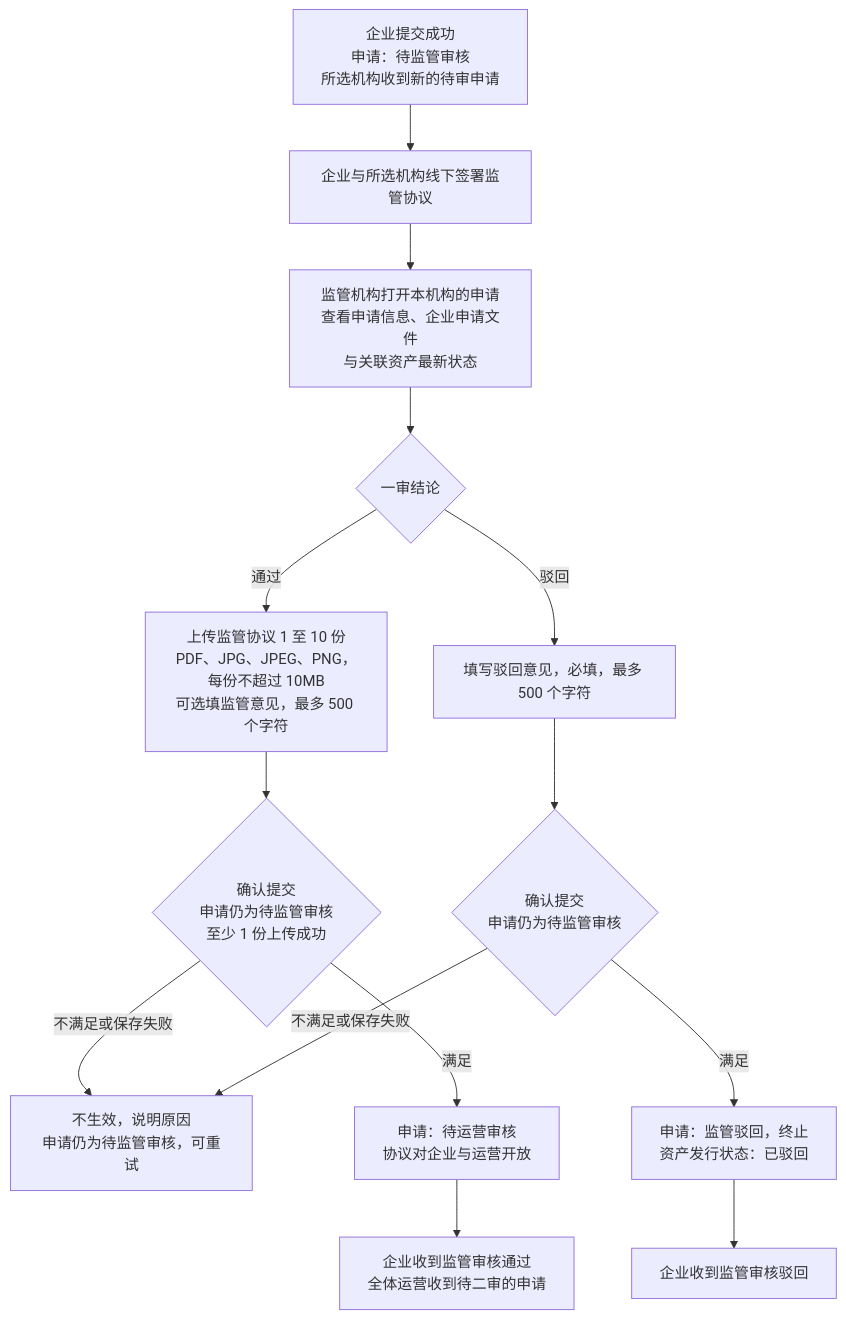
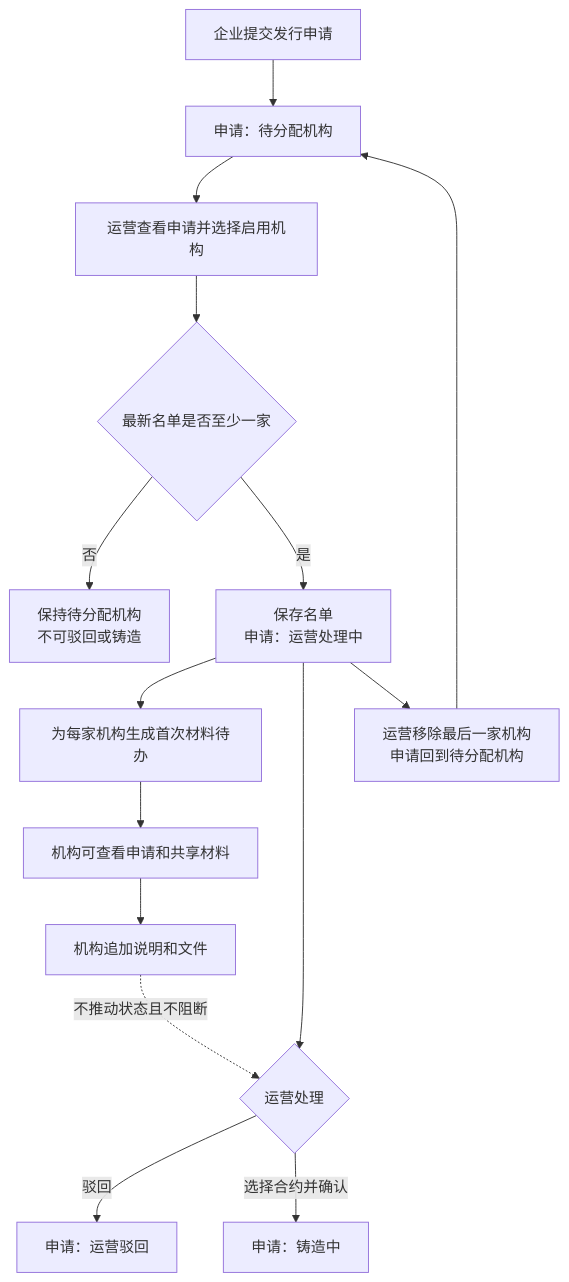
The first of 5 diagrams in token-issuance-platform/PRD/管理端/M3b-代币发行-审核与铸造/02-代币发行-审核与铸造-流程图与状态机.md (wxblockchain/Chain-Financing), drawn with Mermaid before and after one commit. The commit also changed other lines of this file and 3 other files, not shown here.

````diff
--- a/token-issuance-platform/PRD/管理端/M3b-代币发行-审核与铸造/02-代币发行-审核与铸造-流程图与状态机.md
+++ b/token-issuance-platform/PRD/管理端/M3b-代币发行-审核与铸造/02-代币发行-审核与铸造-流程图与状态机.md
@@ -17,16 +21,17 @@
 ```mermaid
 flowchart TD
-    A[企业提交成功<br/>申请：待监管审核<br/>所选机构收到新的待审申请] --> B[企业与所选机构线下签署监管协议]
-    B --> C[监管机构打开本机构的申请<br/>查看申请信息、企业申请文件<br/>与关联资产最新状态]
-    C --> D{一审结论}
-    D -->|通过| E[上传监管协议 1 至 10 份<br/>PDF、JPG、JPEG、PNG，每份不超过 10MB<br/>可选填监管意见，最多 500 个字符]
-    E --> F{确认提交<br/>申请仍为待监管审核<br/>至少 1 份上传成功}
-    F -->|不满足或保存失败| F1[不生效，说明原因<br/>申请仍为待监管审核，可重试]
-    F -->|满足| G[申请：待运营审核<br/>协议对企业与运营开放]
-    G --> G1[企业收到监管审核通过<br/>全体运营收到待二审的申请]
-    D -->|驳回| H[填写驳回意见，必填，最多 500 个字符]
-    H --> I{确认提交<br/>申请仍为待监管审核}
-    I -->|不满足或保存失败| F1
-    I -->|满足| J[申请：监管驳回，终止<br/>资产发行状态：已驳回]
-    J --> J1[企业收到监管审核驳回]
+    A[企业提交发行申请] --> B[申请：待分配机构]
+    B --> C[运营查看申请并选择启用机构]
+    C --> D{最新名单是否至少一家}
+    D -->|否| E[保持待分配机构<br/>不可驳回或铸造]
+    D -->|是| F[保存名单<br/>申请：运营处理中]
+    F --> G[为每家机构生成首次材料待办]
+    G --> H[机构可查看申请和共享材料]
+    H --> I[机构追加说明和文件]
+    F --> J{运营处理}
+    F --> M[运营移除最后一家机构<br/>申请回到待分配机构]
+    M --> B
+    J -->|驳回| K[申请：运营驳回]
+    J -->|选择合约并确认| L[申请：铸造中]
+    I -.不推动状态且不阻断.-> J
 ```
````
